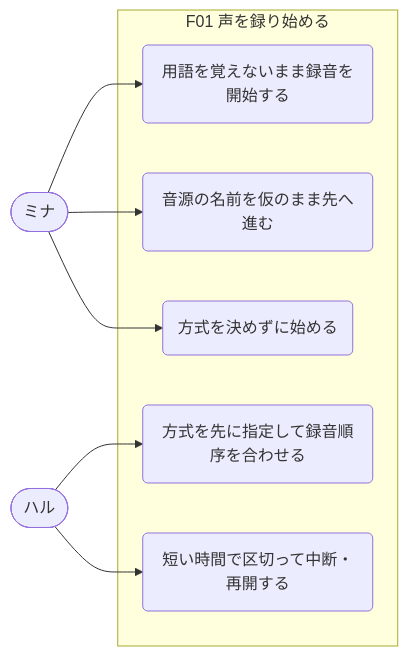
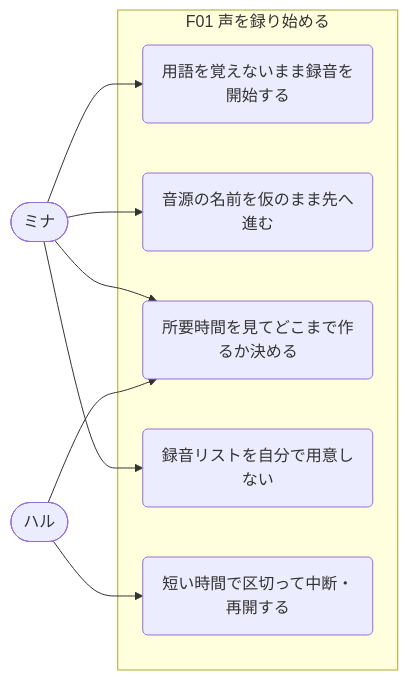
Before and after one commit to dino3616/koeru: the second of 6 diagrams in docs/usecase-map.md, drawn with Mermaid. The commit also changed other lines of this file and 3 other files, not shown here.

````diff
--- a/docs/usecase-map.md
+++ b/docs/usecase-map.md
@@ -117,17 +118,18 @@
 ```mermaid
 flowchart LR
   mina(["ミナ"])
   haru(["ハル"])
   subgraph F01["F01 声を録り始める"]
     uc1("用語を覚えないまま録音を開始する")
     uc2("音源の名前を仮のまま先へ進む")
-    uc3("方式を先に指定して録音順序を合わせる")
-    uc4("方式を決めずに始める")
+    uc3("所要時間を見てどこまで作るか決める")
+    uc4("録音リストを自分で用意しない")
     uc5("短い時間で区切って中断・再開する")
   end
   mina --> uc1
   mina --> uc2
+  mina --> uc3
   mina --> uc4
   haru --> uc3
   haru --> uc5
 ```
````
